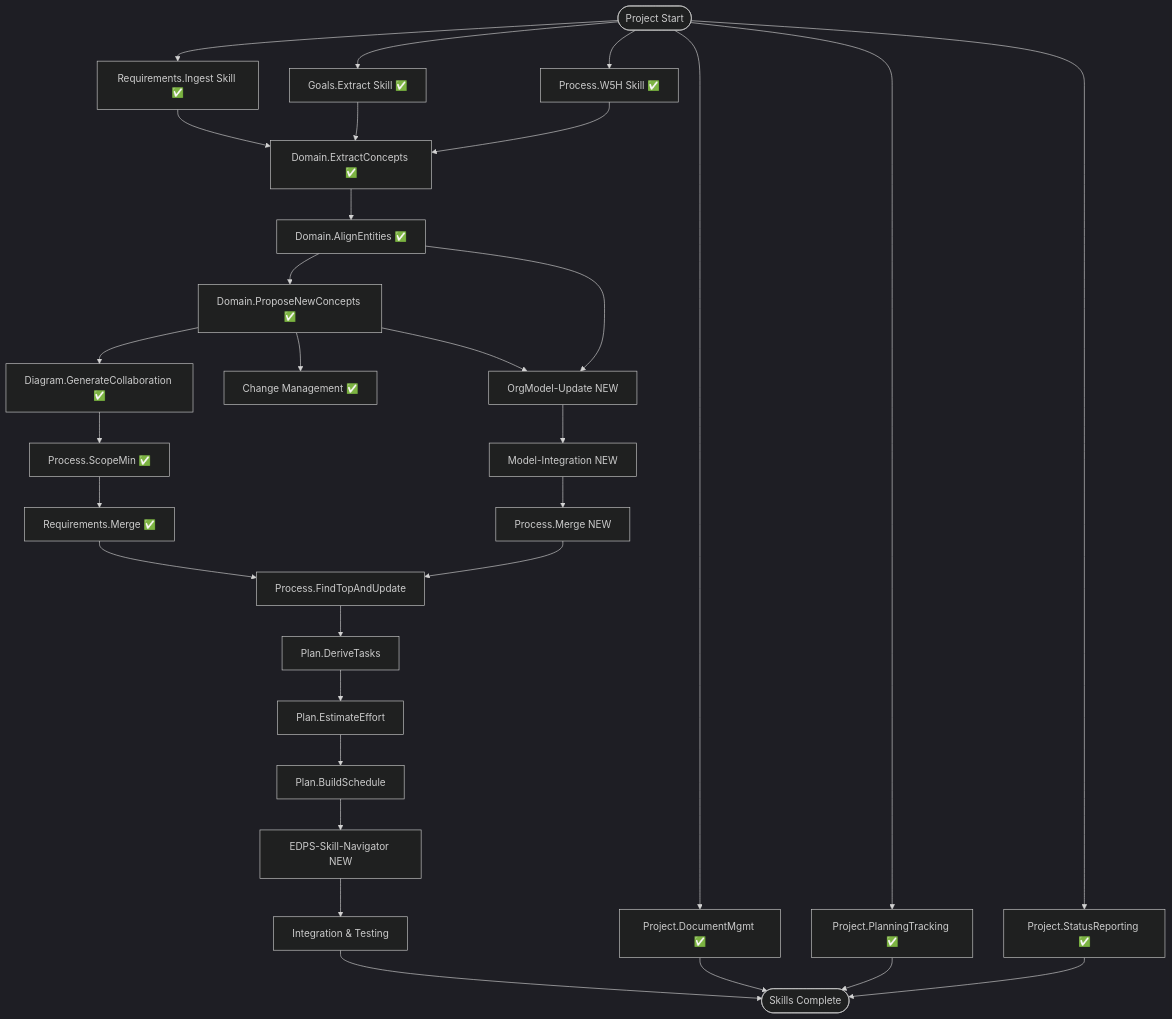
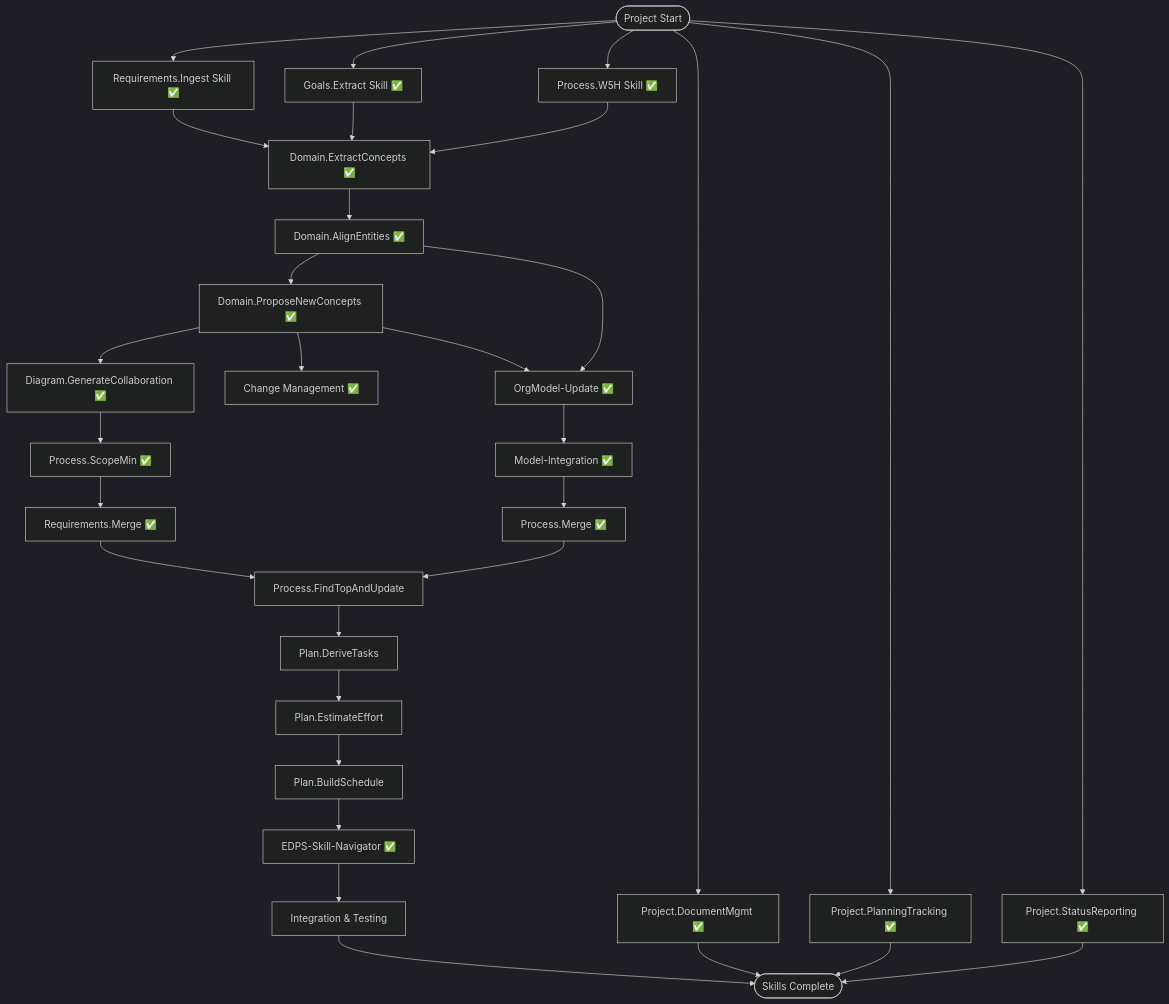
One commit to zhongadamwang/AI_Slowcooker changed the diagram in OrgDocument/projects/01 - Building Skills/project-plan.md. Above: the diagram before and after it, drawn with Mermaid (dark theme). The commit also changed other lines of this file and 1 other file, not shown here.

````diff
--- a/OrgDocument/projects/01 - Building Skills/project-plan.md
+++ b/OrgDocument/projects/01 - Building Skills/project-plan.md
@@ -55,33 +55,33 @@
 ```mermaid
 graph TD
     Start([Project Start]) --> T2[Requirements.Ingest Skill ✅]
     Start --> T3[Goals.Extract Skill ✅]
     Start --> T4[Process.W5H Skill ✅]
     T2 --> T5[Domain.ExtractConcepts ✅]
     T3 --> T5
     T4 --> T5
     T5 --> T6[Domain.AlignEntities ✅]
     T6 --> T7[Domain.ProposeNewConcepts ✅]
     T7 --> T8[Diagram.GenerateCollaboration ✅]
     T8 --> T9[Process.ScopeMin ✅]
     T7 --> T16[Change Management ✅]
     T9 --> T10R[Requirements.Merge ✅]
     T10R --> T11[Process.FindTopAndUpdate]
-    T6 --> T17[OrgModel-Update NEW]
+    T6 --> T17[OrgModel-Update ✅]
     T7 --> T17
-    T17 --> T18[Model-Integration NEW]
-    T18 --> T10N[Process.Merge NEW]
+    T17 --> T18[Model-Integration ✅]
+    T18 --> T10N[Process.Merge ✅]
     T10N --> T11
     T11 --> T12[Plan.DeriveTasks]
     T12 --> T13[Plan.EstimateEffort]
     T13 --> T14[Plan.BuildSchedule]
-    T14 --> T19[EDPS-Skill-Navigator NEW]
+    T14 --> T19[EDPS-Skill-Navigator ✅]
     T19 --> T15[Integration & Testing]
     T15 --> End([Skills Complete])
     Start --> P1[Project.DocumentMgmt ✅]
     Start --> P2[Project.PlanningTracking ✅]
     Start --> P3[Project.StatusReporting ✅]
     P1 --> End
     P2 --> End  
     P3 --> End
 ```
````
